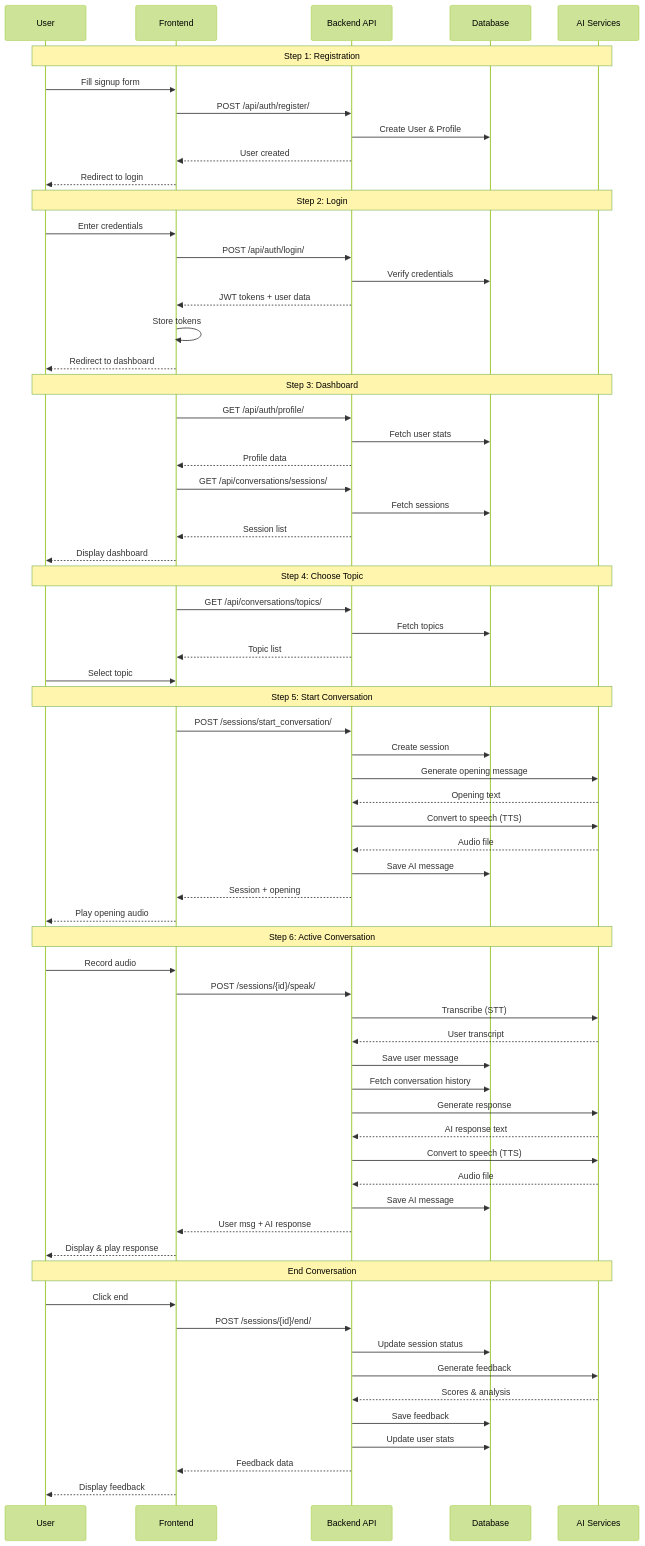
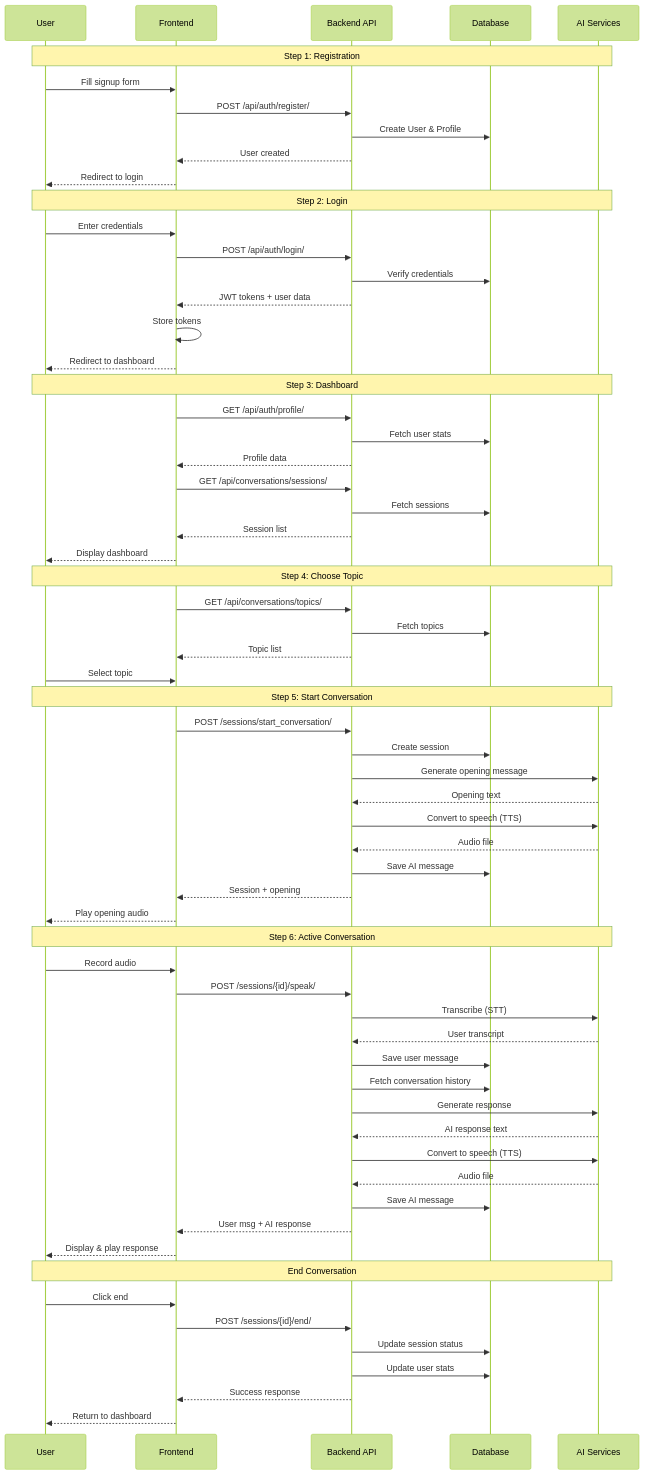
Before and after one commit to acarbonilla/xiavi: the second of 2 diagrams in docs/USER_WORKFLOW.md, drawn with Mermaid (forest theme). The commit also changed other lines of this file and 5 other files, not shown here.

````diff
--- a/docs/USER_WORKFLOW.md
+++ b/docs/USER_WORKFLOW.md
@@ -710,75 +716,72 @@
 ```mermaid
 sequenceDiagram
     participant U as User
     participant F as Frontend
     participant API as Backend API
     participant DB as Database
     participant AI as AI Services
-    
+
     Note over U,AI: Step 1: Registration
     U->>F: Fill signup form
     F->>API: POST /api/auth/register/
     API->>DB: Create User & Profile
     API-->>F: User created
     F-->>U: Redirect to login
-    
+
     Note over U,AI: Step 2: Login
     U->>F: Enter credentials
     F->>API: POST /api/auth/login/
     API->>DB: Verify credentials
     API-->>F: JWT tokens + user data
     F->>F: Store tokens
     F-->>U: Redirect to dashboard
-    
+
     Note over U,AI: Step 3: Dashboard
     F->>API: GET /api/auth/profile/
     API->>DB: Fetch user stats
     API-->>F: Profile data
     F->>API: GET /api/conversations/sessions/
     API->>DB: Fetch sessions
     API-->>F: Session list
     F-->>U: Display dashboard
-    
+
     Note over U,AI: Step 4: Choose Topic
     F->>API: GET /api/conversations/topics/
     API->>DB: Fetch topics
     API-->>F: Topic list
     U->>F: Select topic
-    
+
     Note over U,AI: Step 5: Start Conversation
     F->>API: POST /sessions/start_conversation/
     API->>DB: Create session
     API->>AI: Generate opening message
     AI-->>API: Opening text
     API->>AI: Convert to speech (TTS)
     AI-->>API: Audio file
     API->>DB: Save AI message
     API-->>F: Session + opening
     F-->>U: Play opening audio
-    
+
     Note over U,AI: Step 6: Active Conversation
     U->>F: Record audio
     F->>API: POST /sessions/{id}/speak/
     API->>AI: Transcribe (STT)
     AI-->>API: User transcript
     API->>DB: Save user message
     API->>DB: Fetch conversation history
     API->>AI: Generate response
     AI-->>API: AI response text
     API->>AI: Convert to speech (TTS)
     AI-->>API: Audio file
     API->>DB: Save AI message
     API-->>F: User msg + AI response
     F-->>U: Display & play response
-    
+
     Note over U,AI: End Conversation
     U->>F: Click end
     F->>API: POST /sessions/{id}/end/
     API->>DB: Update session status
-    API->>AI: Generate feedback
-    AI-->>API: Scores & analysis
-    API->>DB: Save feedback
     API->>DB: Update user stats
-    API-->>F: Feedback data
-    F-->>U: Display feedback
+    API-->>F: Success response
+    F-->>U: Return to dashboard
 ```
````
